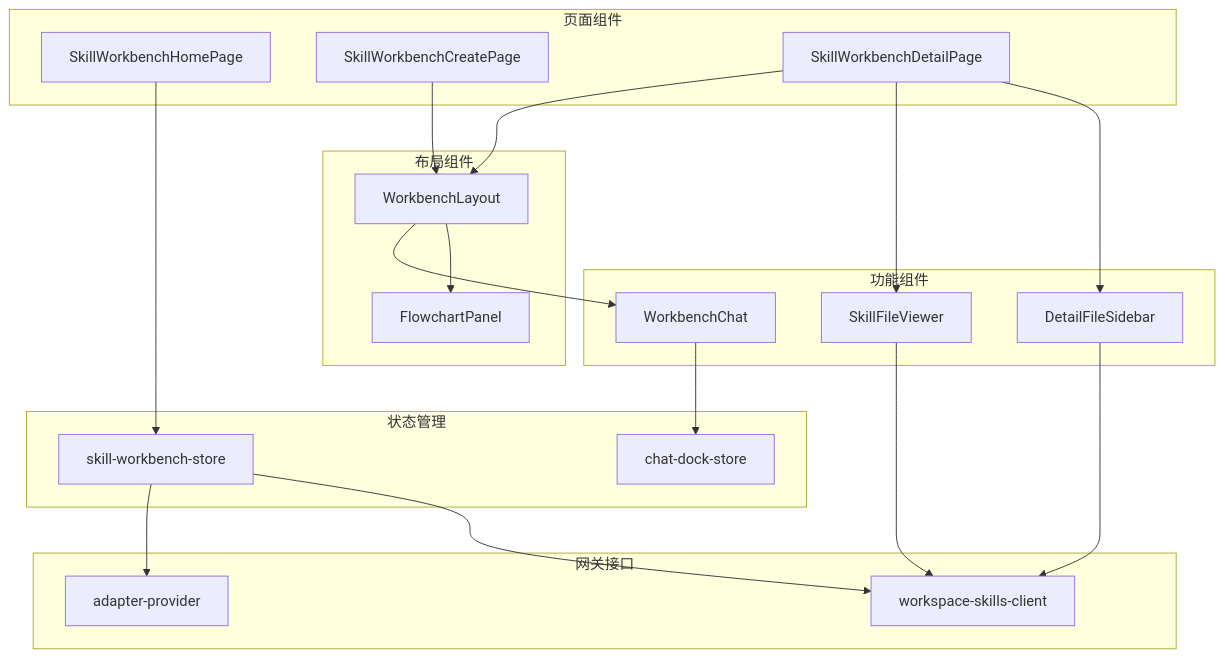
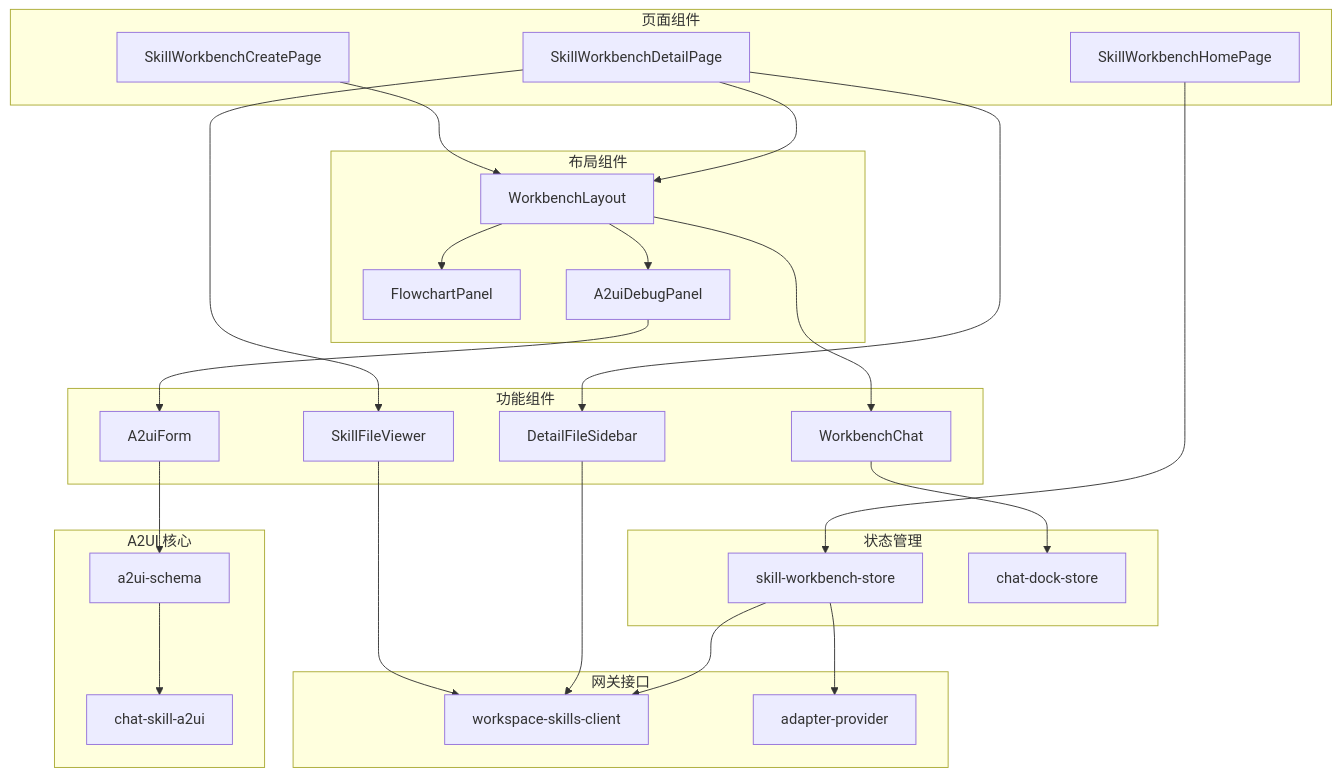
Diagram 11 of 11 in .qoder/repowiki/zh/content/开发者指南/技能工作台使用指南.md (WW-AI-Lab/openclaw-office), drawn with Mermaid before and after one commit. The commit also changed other lines of this file and 14 other files, not shown here.

````diff
--- a/.qoder/repowiki/zh/content/开发者指南/技能工作台使用指南.md
+++ b/.qoder/repowiki/zh/content/开发者指南/技能工作台使用指南.md
@@ -317,37 +460,47 @@
 ```mermaid
 graph TB
 subgraph "页面组件"
 HomePage[SkillWorkbenchHomePage]
 CreatePage[SkillWorkbenchCreatePage]
 DetailPage[SkillWorkbenchDetailPage]
 end
 subgraph "布局组件"
 WorkbenchLayout[WorkbenchLayout]
 FlowchartPanel[FlowchartPanel]
+A2uiDebugPanel[A2uiDebugPanel]
 end
 subgraph "功能组件"
 WorkbenchChat[WorkbenchChat]
 SkillFileViewer[SkillFileViewer]
 DetailFileSidebar[DetailFileSidebar]
+A2uiForm[A2uiForm]
 end
 subgraph "状态管理"
 SkillWorkbenchStore[skill-workbench-store]
 ChatDockStore[chat-dock-store]
 end
 subgraph "网关接口"
 WorkspaceSkillsClient[workspace-skills-client]
 AdapterProvider[adapter-provider]
 end
+subgraph "A2UI 核心"
+A2uiSchema[a2ui-schema]
+ChatSkillA2ui[chat-skill-a2ui]
+end
 HomePage --> SkillWorkbenchStore
 CreatePage --> WorkbenchLayout
 DetailPage --> WorkbenchLayout
 WorkbenchLayout --> WorkbenchChat
 WorkbenchLayout --> FlowchartPanel
+WorkbenchLayout --> A2uiDebugPanel
 DetailPage --> SkillFileViewer
 DetailPage --> DetailFileSidebar
 WorkbenchChat --> ChatDockStore
 SkillFileViewer --> WorkspaceSkillsClient
 DetailFileSidebar --> WorkspaceSkillsClient
+A2uiDebugPanel --> A2uiForm
+A2uiForm --> A2uiSchema
+A2uiSchema --> ChatSkillA2ui
 SkillWorkbenchStore --> AdapterProvider
 SkillWorkbenchStore --> WorkspaceSkillsClient
 ```
````
